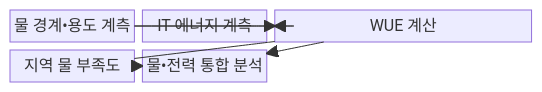
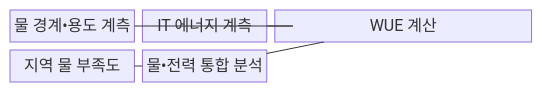
The first of 2 diagrams in src/content/docs/notes/06-evaluation/040_wue_water_usage_effectiveness.md (agnusdei1207/knowledge-base), drawn with Mermaid before and after one commit. The commit also changed other lines of this file and 493 other files, not shown here.

````diff
--- a/src/content/docs/notes/06-evaluation/040_wue_water_usage_effectiveness.md
+++ b/src/content/docs/notes/06-evaluation/040_wue_water_usage_effectiveness.md
@@ -69,13 +69,11 @@
 ```mermaid
 block-beta
     columns 3
     W["물 경계•용도 계측"] I["IT 에너지 계측"]
     C["WUE 계산"]:2
     S["지역 물 부족도"] A["물•전력 통합 분석"]
-    W --> C
-    I --> C
-    C --> A
-    S --> A
-  W --- C
-  C --- S
+    W --- C
+    I --- C
+    C --- A
+    S --- A
 ```
````
